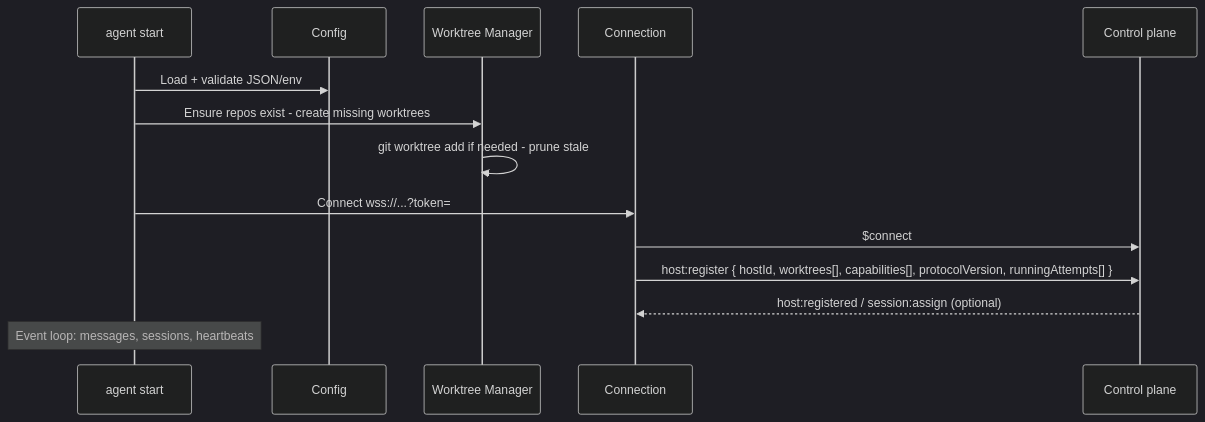
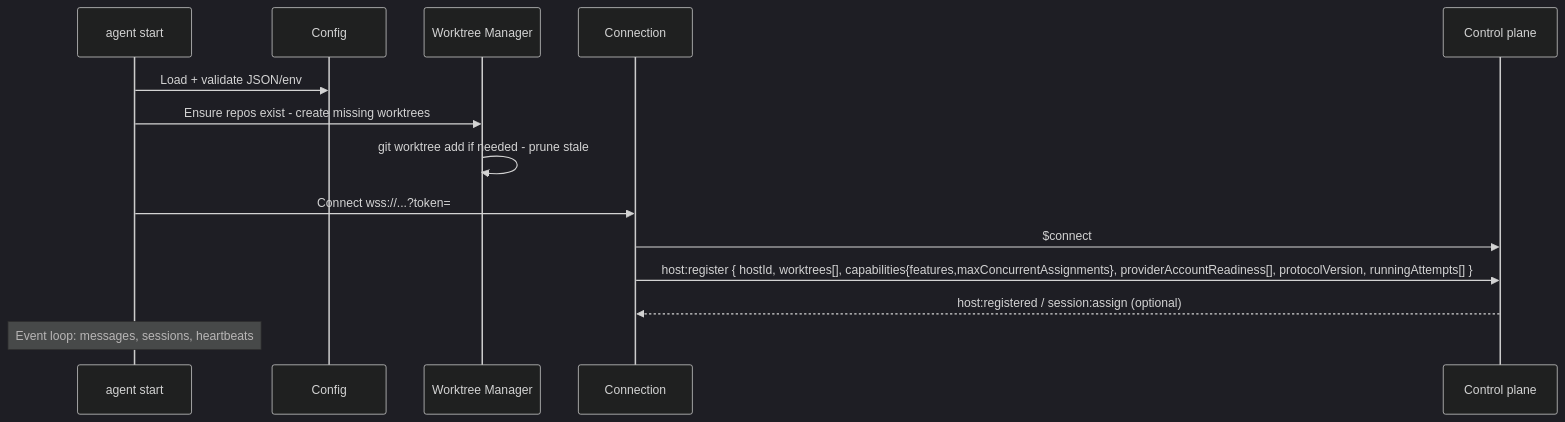
Before and after one commit to jonathanong/auto-harness: the second of 5 diagrams in docs/host-daemon.md, drawn with Mermaid (dark theme). The commit also changed other lines of this file and 237 other files, not shown here.

First line of the commit message:
feat(host): isolate provider-account execution profiles and concurrent session leases (#317)

````diff
--- a/docs/host-daemon.md
+++ b/docs/host-daemon.md
@@ -104,17 +104,17 @@
 ```mermaid
 sequenceDiagram
     participant Main as agent start
     participant Cfg as Config
     participant WTM as Worktree Manager
     participant Conn as Connection
     participant AWS as Control plane
 
     Main->>Cfg: Load + validate JSON/env
     Main->>WTM: Ensure repos exist - create missing worktrees
     WTM->>WTM: git worktree add if needed - prune stale
     Main->>Conn: Connect wss://...?token=
     Conn->>AWS: $connect
-    Conn->>AWS: host:register { hostId, worktrees[], capabilities[], protocolVersion, runningAttempts[] }
+    Conn->>AWS: host:register { hostId, worktrees[], capabilities{features,maxConcurrentAssignments}, providerAccountReadiness[], protocolVersion, runningAttempts[] }
     AWS-->>Conn: host:registered / session:assign (optional)
     Note over Main: Event loop: messages, sessions, heartbeats
 ```
````
